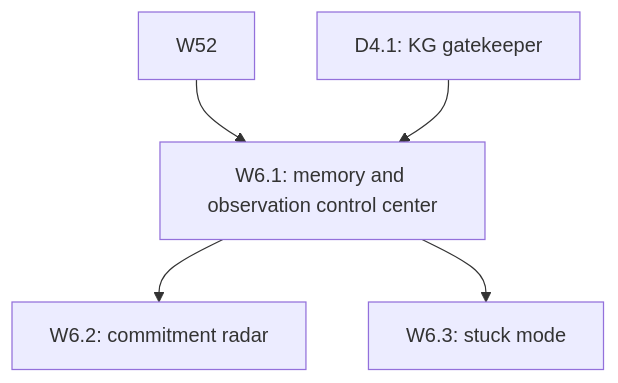
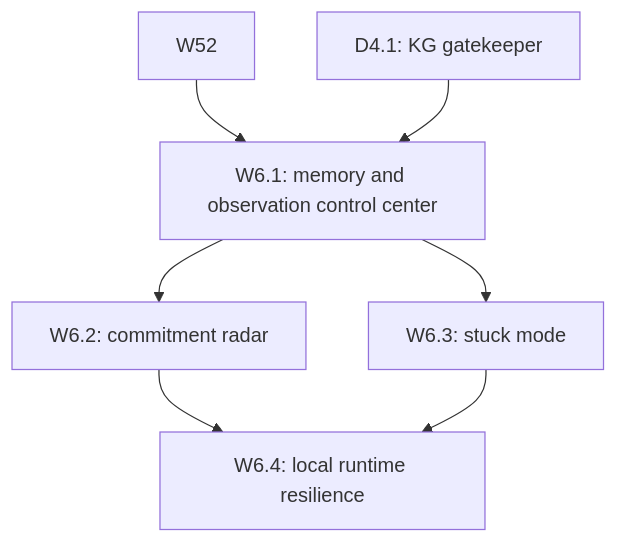
One commit to ChrisHartline/Lyra changed the sixth of 11 diagrams in docs/lyra_build_plan.md. Above: the diagram before and after it, drawn with Mermaid. The commit also changed other lines of this file, not shown here.

Commit message:
Roadmap: add W6.4 runtime resilience gate

````diff
--- a/docs/lyra_build_plan.md
+++ b/docs/lyra_build_plan.md
@@ -311,10 +311,13 @@
 ```mermaid
 graph TD
     W61[W6.1: memory and observation control center]
     W62[W6.2: commitment radar]
     W63[W6.3: stuck mode]
+    W64[W6.4: local runtime resilience]
     W52 --> W61
     D41[D4.1: KG gatekeeper] --> W61
     W61 --> W62
     W61 --> W63
+    W62 --> W64
+    W63 --> W64
 ```
````
